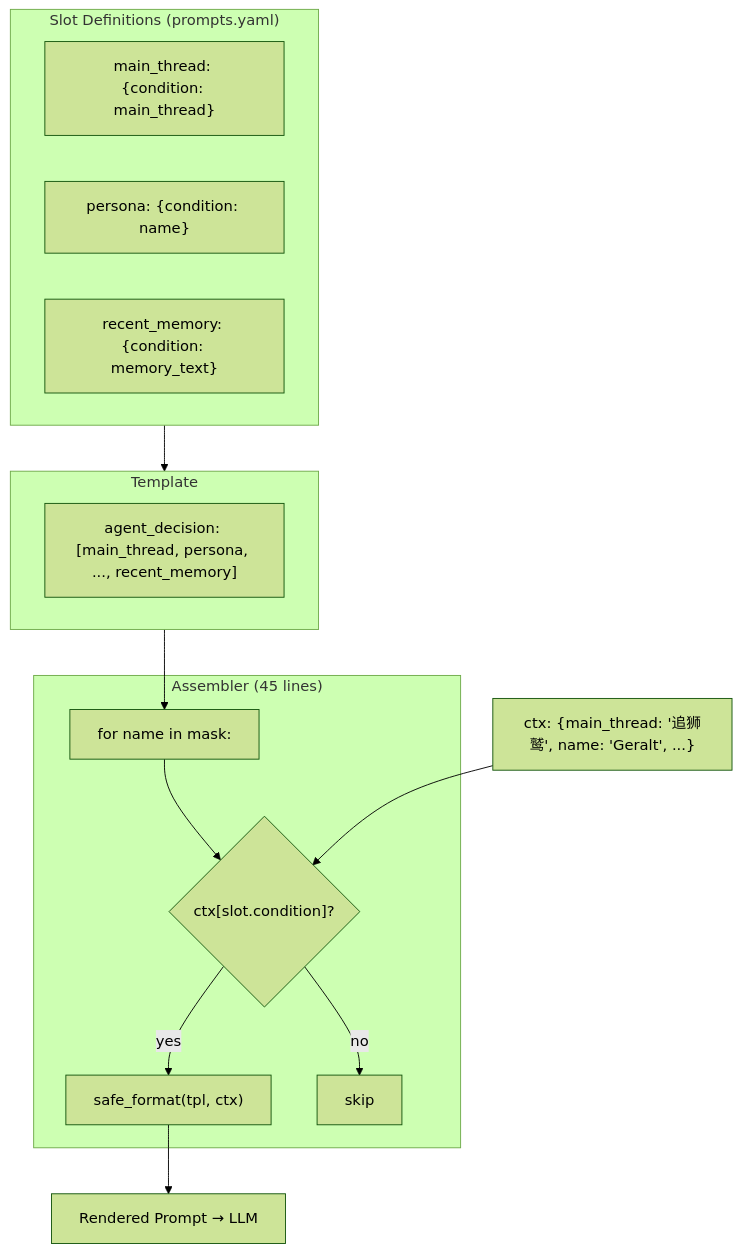
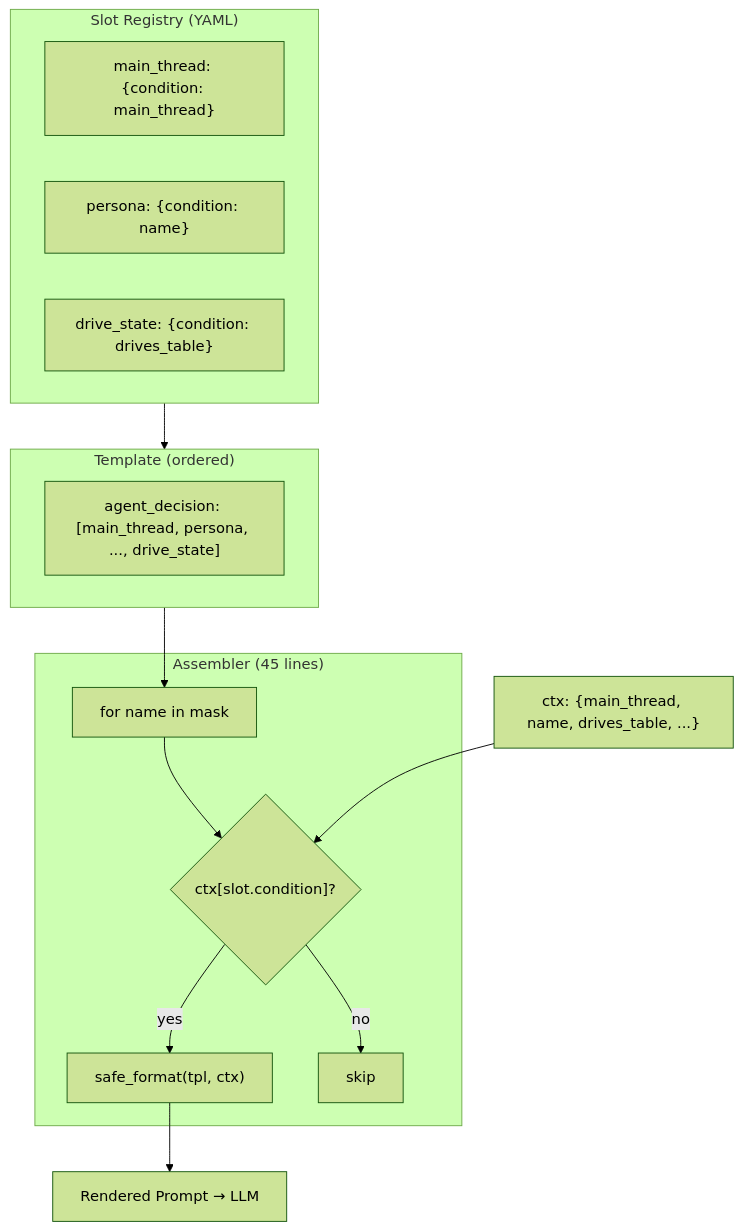
The second of 2 diagrams in README.md (flaverse/AgentWorld_Async_UI), drawn with Mermaid (forest theme) before and after one commit. The commit also changed other lines of this file, not shown here.

First line of the commit message:
docs: v8 README — per-attr drive, gate crossing, academic style

````diff
--- a/README.md
+++ b/README.md
@@ -150,19 +146,19 @@
 ```mermaid
 flowchart TB
-    subgraph Def["Slot Definitions (prompts.yaml)"]
+    subgraph Def["Slot Registry (YAML)"]
         s1["main_thread: {condition: main_thread}"]
         s2["persona: {condition: name}"]
-        s3["recent_memory: {condition: memory_text}"]
+        s3["drive_state: {condition: drives_table}"]
     end
-    subgraph Mask["Template"]
-        mask["agent_decision: [main_thread, persona, ..., recent_memory]"]
+    subgraph Mask["Template (ordered)"]
+        mask["agent_decision: [main_thread, persona, ..., drive_state]"]
     end
     subgraph Assembler["Assembler (45 lines)"]
-        loop["for name in mask:"] --> check{"ctx[slot.condition]?"}
+        loop["for name in mask"] --> check{"ctx[slot.condition]?"}
         check -->|yes| render["safe_format(tpl, ctx)"]
-        check -->|no| skip["skip"]
+        check -->|no| skip
     end
     Def --> Mask --> loop
-    Context["ctx: {main_thread: '追狮鹫', name: 'Geralt', ...}"] --> check
-    render --> prompt["Rendered Prompt → LLM"]
+    Context["ctx: {main_thread, name, drives_table, ...}"] --> check
+    render --> prompt_text["Rendered Prompt → LLM"]
 ```
````
